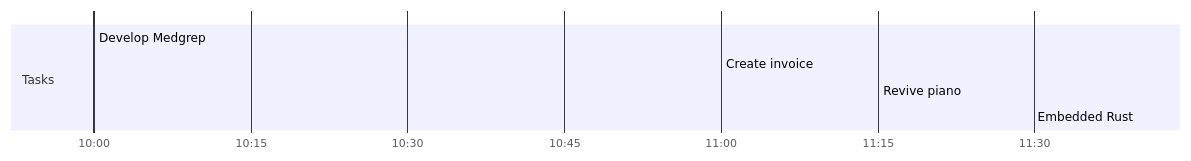
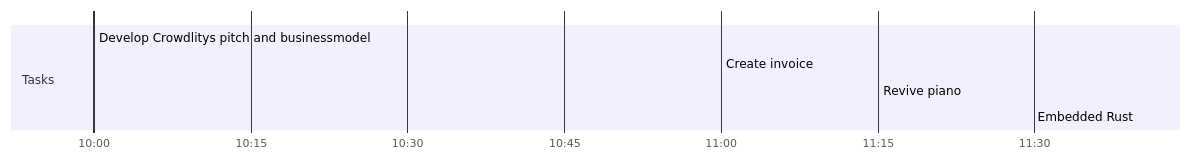
The diagram in KnowledgeBase/Day Planners/Day Planner-20220203.md (jjgumucio/KnowledgeBase), drawn with Mermaid before and after one commit. The commit also changed other lines of this file and 2 other files, not shown here.

Commit message:
vault backup: 03-02-2022 10:28:23

````diff
--- a/KnowledgeBase/Day Planners/Day Planner-20220203.md
+++ b/KnowledgeBase/Day Planners/Day Planner-20220203.md
@@ -2,13 +2,13 @@
 ```mermaid
 gantt
     dateFormat  HH-mm
     axisFormat %H:%M
-    %% Current Time: 10:23:22 AM
+    %% Current Time: 10:28:22 AM
     section Tasks
-    Develop Medgrep     :10-00, 60mm
+    Develop Crowdlitys pitch and businessmodel     :10-00, 60mm
     Create invoice     :11-00, 15mm
     Revive piano     :11-15, 25mm
     Embedded Rust     :11-40, 0mm
     section Breaks
 
 ```
````
